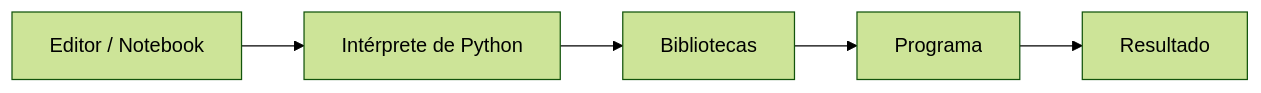
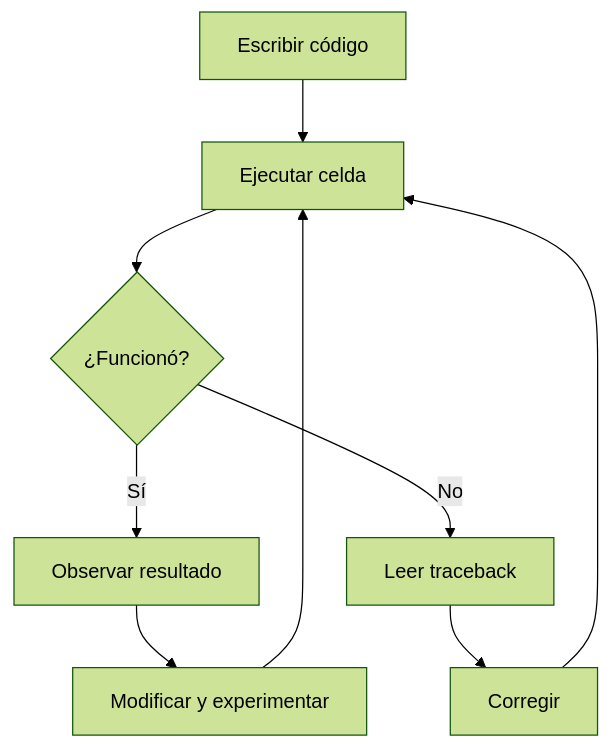
Before and after one commit to DIALVEBE/DataScienceProgramming: the second of 11 diagrams in sessions/session-01_es.md, drawn with Mermaid (forest theme). The commit also changed other lines of this file and 9 other files, not shown here.

````diff
--- a/sessions/session-01_es.md
+++ b/sessions/session-01_es.md
@@ -142,7 +48,11 @@
 ```mermaid
-flowchart LR
-    A[Editor / Notebook] --> B[Intérprete de Python]
-    B --> C[Bibliotecas]
-    C --> D[Programa]
-    D --> E[Resultado]
+flowchart TD
+    A[Escribir código] --> B[Ejecutar celda]
+    B --> C{¿Funcionó?}
+    C -- Sí --> D[Observar resultado]
+    C -- No --> E[Leer traceback]
+    E --> F[Corregir]
+    F --> B
+    D --> G[Modificar y experimentar]
+    G --> B
 ```
````
